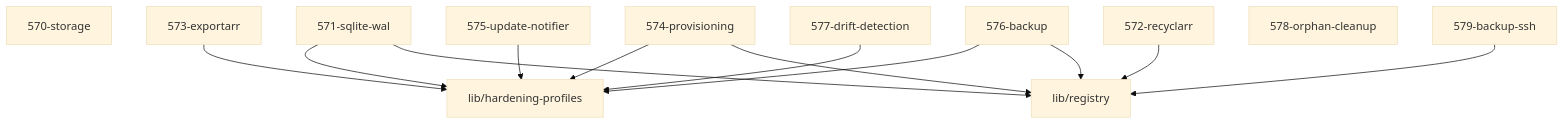
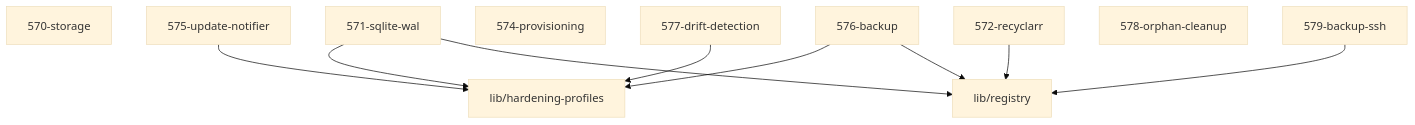
The diagram in 57-maintenance/AGENTS.md (grapefruit89/mediNix-core), drawn with Mermaid (base theme) before and after one commit. The commit also changed other lines of this file and 23 other files, not shown here.

````diff
--- a/57-maintenance/AGENTS.md
+++ b/57-maintenance/AGENTS.md
@@ -32,16 +31,14 @@
 ```mermaid
 graph TD
   570_storage["570-storage"]
   571_sqlite_wal["571-sqlite-wal"] --> hardening_profiles["lib/hardening-profiles"]
   571_sqlite_wal["571-sqlite-wal"] --> registry["lib/registry"]
   572_recyclarr["572-recyclarr"] --> registry["lib/registry"]
-  573_exportarr["573-exportarr"] --> hardening_profiles["lib/hardening-profiles"]
-  574_provisioning["574-provisioning"] --> hardening_profiles["lib/hardening-profiles"]
-  574_provisioning["574-provisioning"] --> registry["lib/registry"]
+  574_provisioning["574-provisioning"]
   575_update_notifier["575-update-notifier"] --> hardening_profiles["lib/hardening-profiles"]
   576_backup["576-backup"] --> hardening_profiles["lib/hardening-profiles"]
   576_backup["576-backup"] --> registry["lib/registry"]
   577_drift_detection["577-drift-detection"] --> hardening_profiles["lib/hardening-profiles"]
   578_orphan_cleanup["578-orphan-cleanup"]
   579_backup_ssh["579-backup-ssh"] --> registry["lib/registry"]
 ```
````
